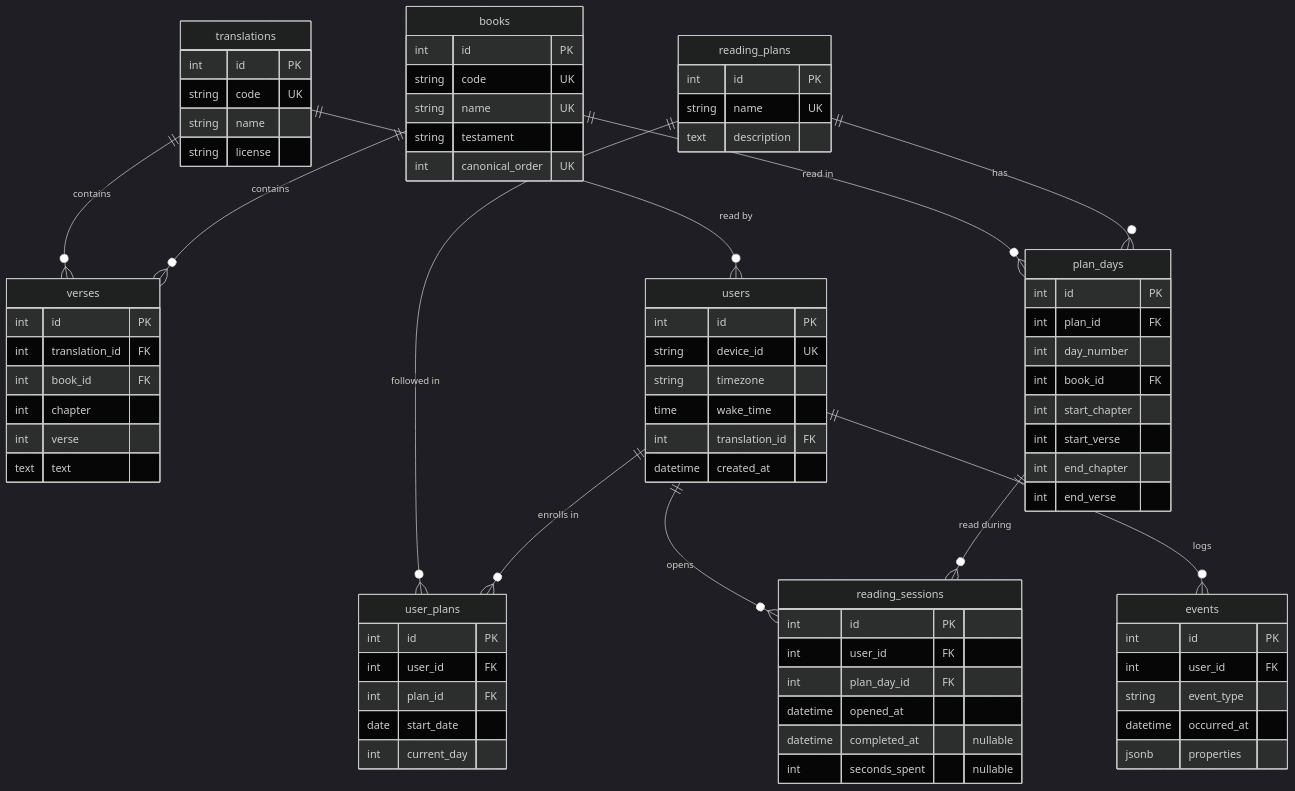
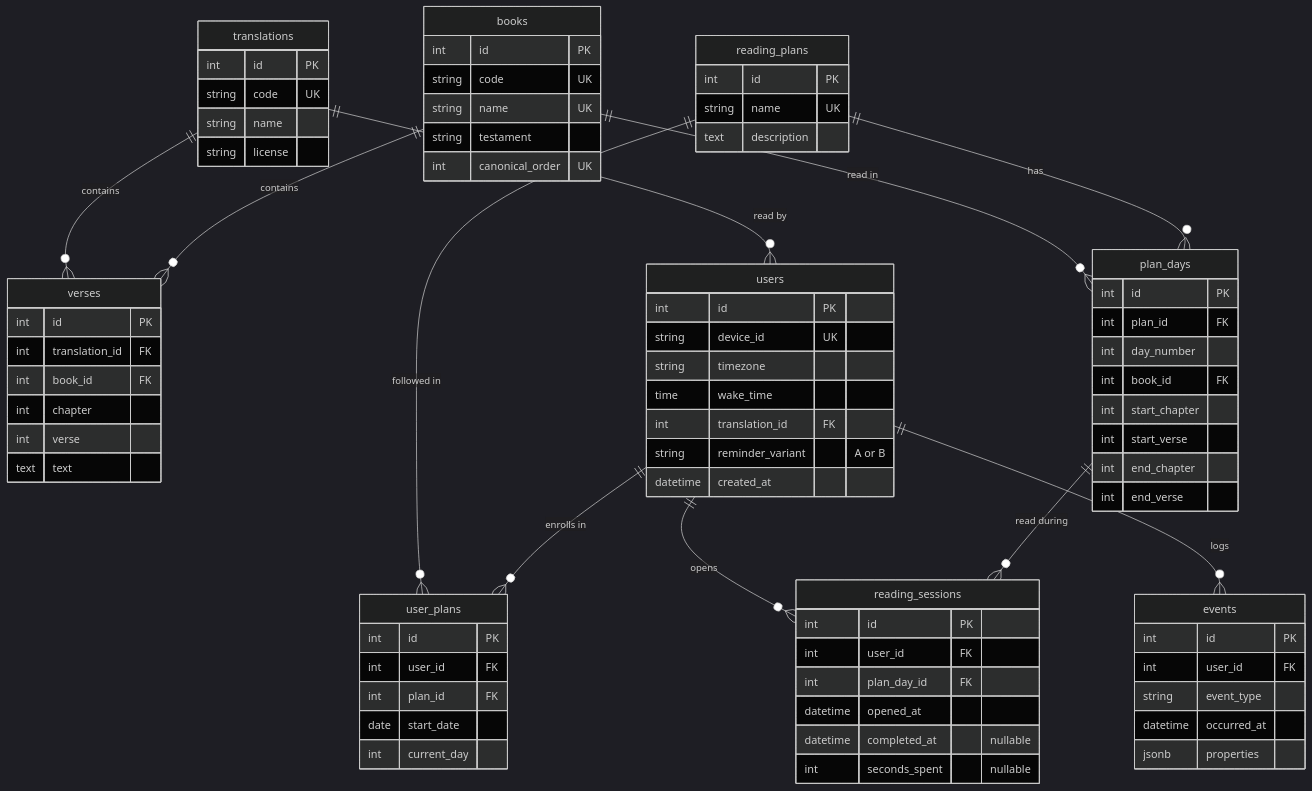
One commit to OGobidike/Morning-Manna changed the diagram in docs/ERD.md. Above: the diagram before and after it, drawn with Mermaid (dark theme). The commit also changed 13 other files, not shown here.

```diff
--- a/docs/ERD.md
+++ b/docs/ERD.md
@@ -67,6 +67,7 @@
         string timezone
         time wake_time
         int translation_id FK
+        string reminder_variant "A or B"
         datetime created_at
     }
 
```
